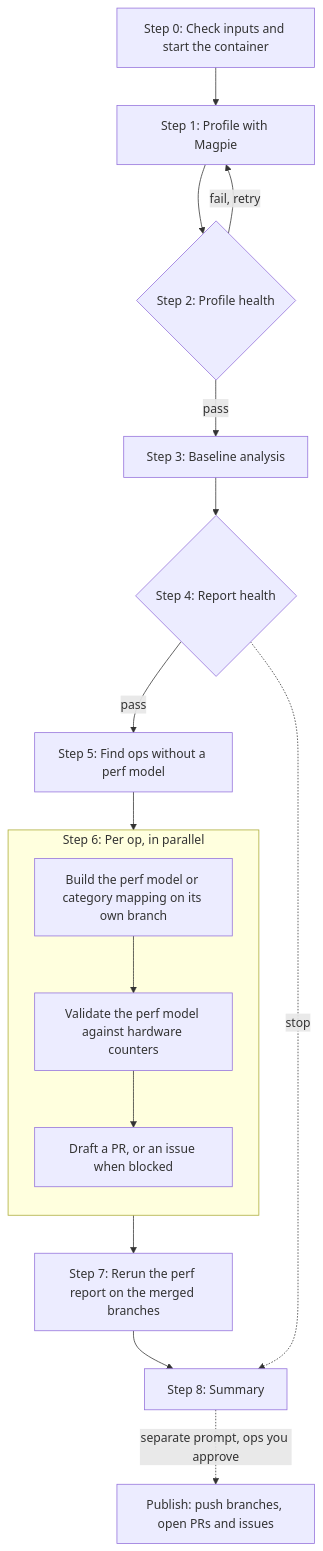
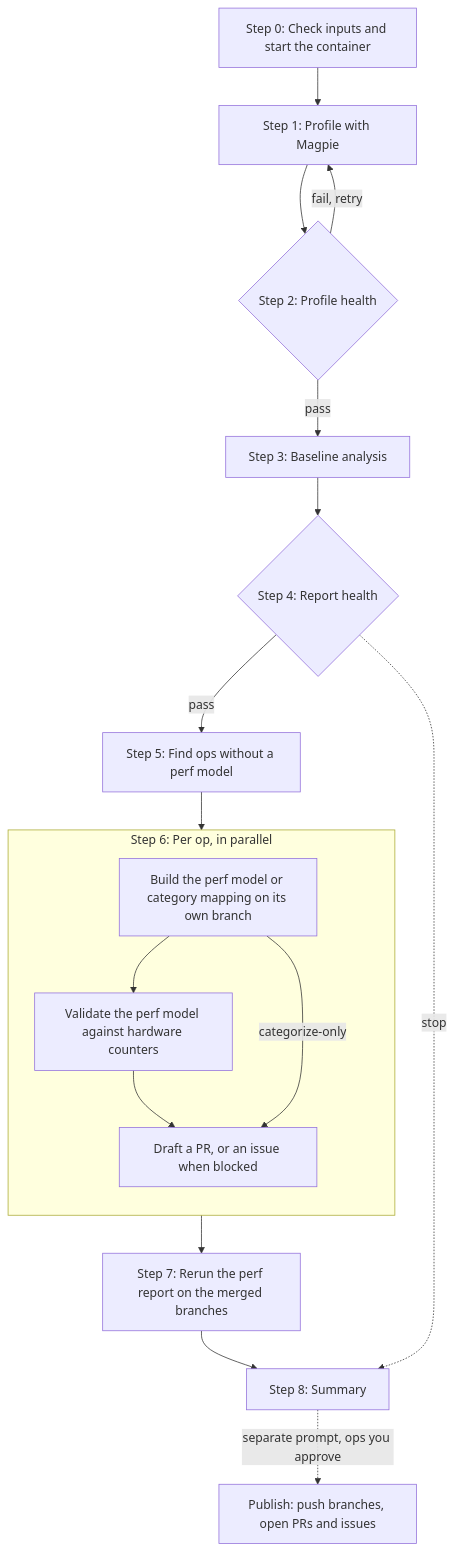
One commit to AMD-AGI/TraceLens changed the diagram in TraceLens/Agent/ModelBringup/README.md. Above: the diagram before and after it, drawn with Mermaid. The commit also changed 6 other files, not shown here.

````diff
--- a/TraceLens/Agent/ModelBringup/README.md
+++ b/TraceLens/Agent/ModelBringup/README.md
@@ -70,19 +70,20 @@
 ```mermaid
 flowchart TD
     S0["Step 0: Check inputs and start the container"] --> S1["Step 1: Profile with Magpie"]
     S1 --> S2{"Step 2: Profile health"}
     S2 -- "fail, retry" --> S1
     S2 -- pass --> S3["Step 3: Baseline analysis"]
     S3 --> S4{"Step 4: Report health"}
     S4 -- pass --> S5["Step 5: Find ops without a perf model"]
     S5 --> S6
     subgraph S6 ["Step 6: Per op, in parallel"]
         direction TB
         B1["Build the perf model or category mapping on its own branch"] --> B2["Validate the perf model against hardware counters"]
         B2 --> B3["Draft a PR, or an issue when blocked"]
+        B1 -- categorize-only --> B3
     end
     S6 --> S7["Step 7: Rerun the perf report on the merged branches"]
     S7 --> S8["Step 8: Summary"]
     S4 -. stop .-> S8
     S8 -. "separate prompt, ops you approve" .-> P["Publish: push branches, open PRs and issues"]
 ```
````
